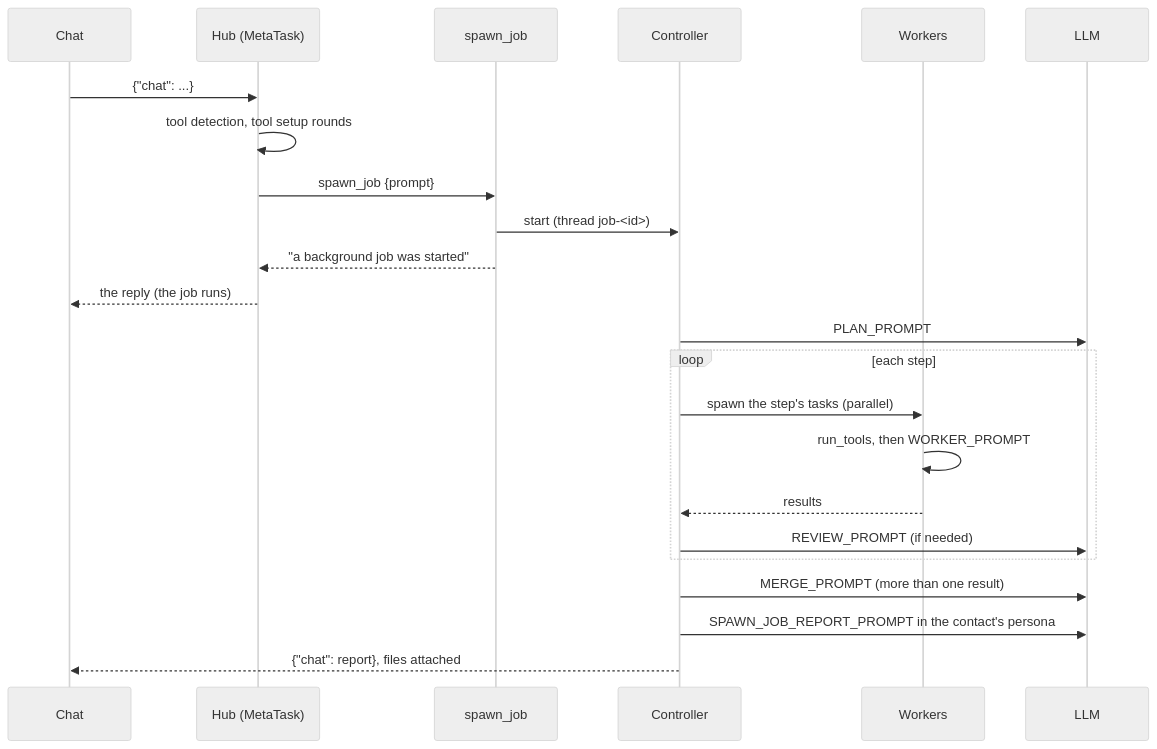
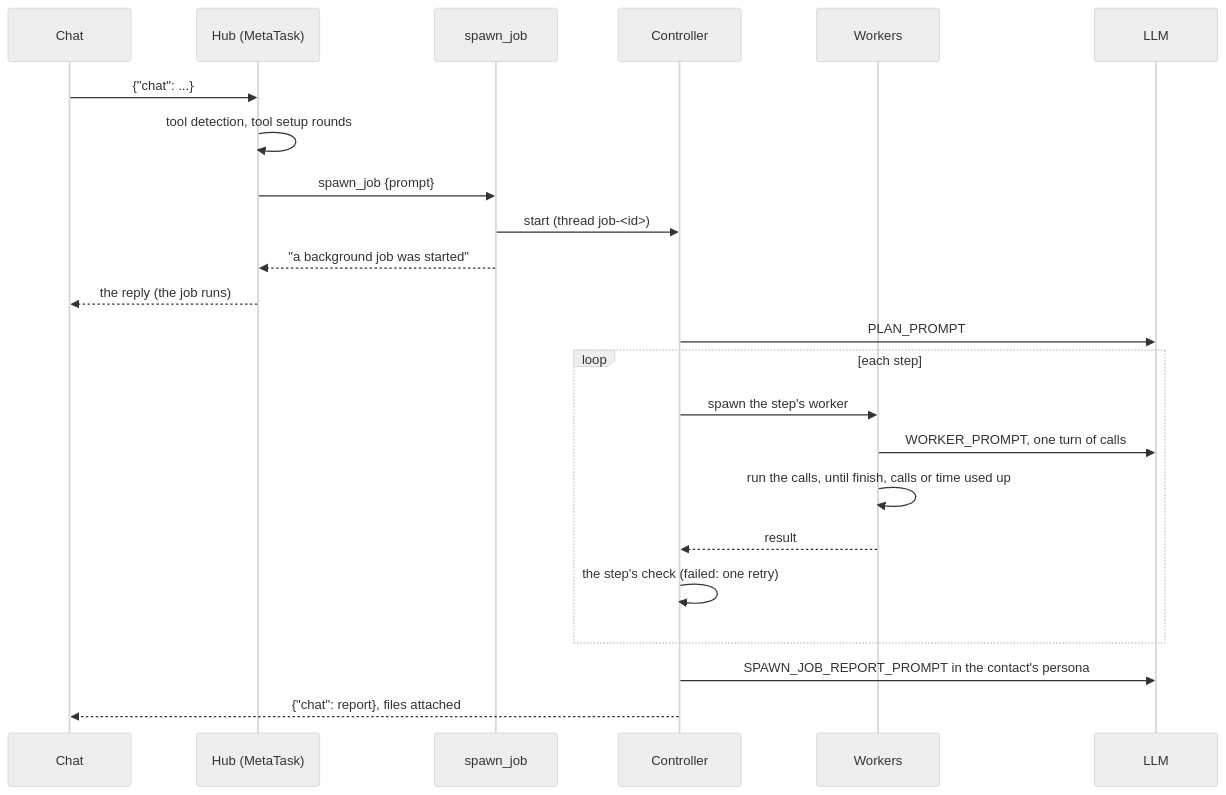
One commit to tanzfisch/Rueckgrat changed the second of 3 diagrams in docs/agents.md. Above: the diagram before and after it, drawn with Mermaid (neutral theme). The commit also changed other lines of this file and 42 other files, not shown here.

````diff
--- a/docs/agents.md
+++ b/docs/agents.md
@@ -72,26 +72,26 @@
 ```mermaid
 sequenceDiagram
   participant Chat
   participant Hub as Hub (MetaTask)
   participant Spawn as spawn_job
   participant Ctrl as Controller
   participant W as Workers
   participant LLM
 
   Chat->>Hub: {"chat": ...}
   Hub->>Hub: tool detection, tool setup rounds
   Hub->>Spawn: spawn_job {prompt}
   Spawn->>Ctrl: start (thread job-<id>)
   Spawn-->>Hub: "a background job was started"
   Hub-->>Chat: the reply (the job runs)
   Ctrl->>LLM: PLAN_PROMPT
   loop each step
-    Ctrl->>W: spawn the step's tasks (parallel)
-    W->>W: run_tools, then WORKER_PROMPT
-    W-->>Ctrl: results
-    Ctrl->>LLM: REVIEW_PROMPT (if needed)
+    Ctrl->>W: spawn the step's worker
+    W->>LLM: WORKER_PROMPT, one turn of calls
+    W->>W: run the calls, until finish, calls or time used up
+    W-->>Ctrl: result
+    Ctrl->>Ctrl: the step's check (failed: one retry)
   end
-  Ctrl->>LLM: MERGE_PROMPT (more than one result)
   Ctrl->>LLM: SPAWN_JOB_REPORT_PROMPT in the contact's persona
   Ctrl-->>Chat: {"chat": report}, files attached
 ```
````
